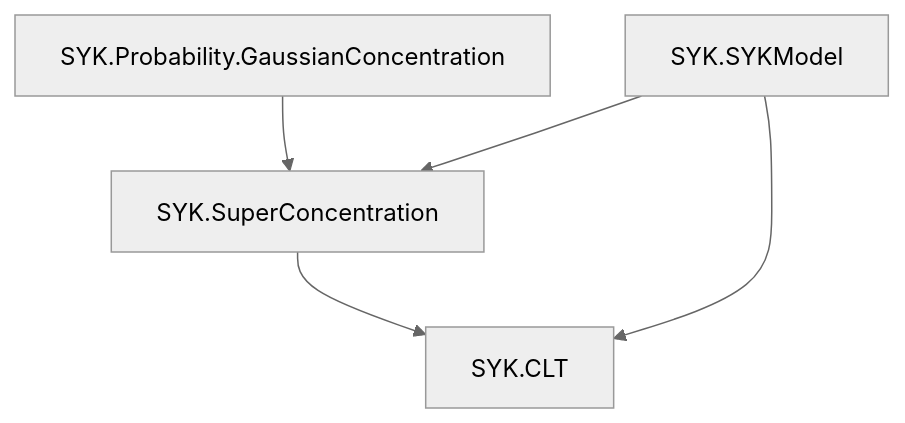
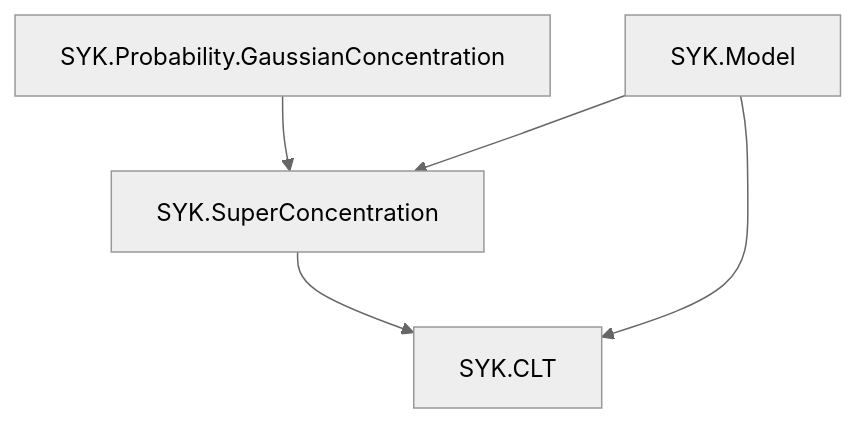
One commit to TokyoProbabilityGroup/SYK_CLT changed the first of 2 diagrams in CLT/ARCHITECTURE.md. Above: the diagram before and after it, drawn with Mermaid (neutral theme). The commit also changed other lines of this file and 40 other files, not shown here.

Commit message:
Use Verso Blueprint and rename the SYK_model and super_concentration libraries

````diff
--- a/CLT/ARCHITECTURE.md
+++ b/CLT/ARCHITECTURE.md
@@ -144,12 +144,12 @@
 ```mermaid
 flowchart TD
     gaussian["SYK.Probability.GaussianConcentration"]
-    model["SYK.SYKModel"]
+    model["SYK.Model"]
     superConcentration["SYK.SuperConcentration"]
     clt["SYK.CLT"]
 
     gaussian --> superConcentration
     model --> superConcentration
     model --> clt
     superConcentration --> clt
 ```
````
